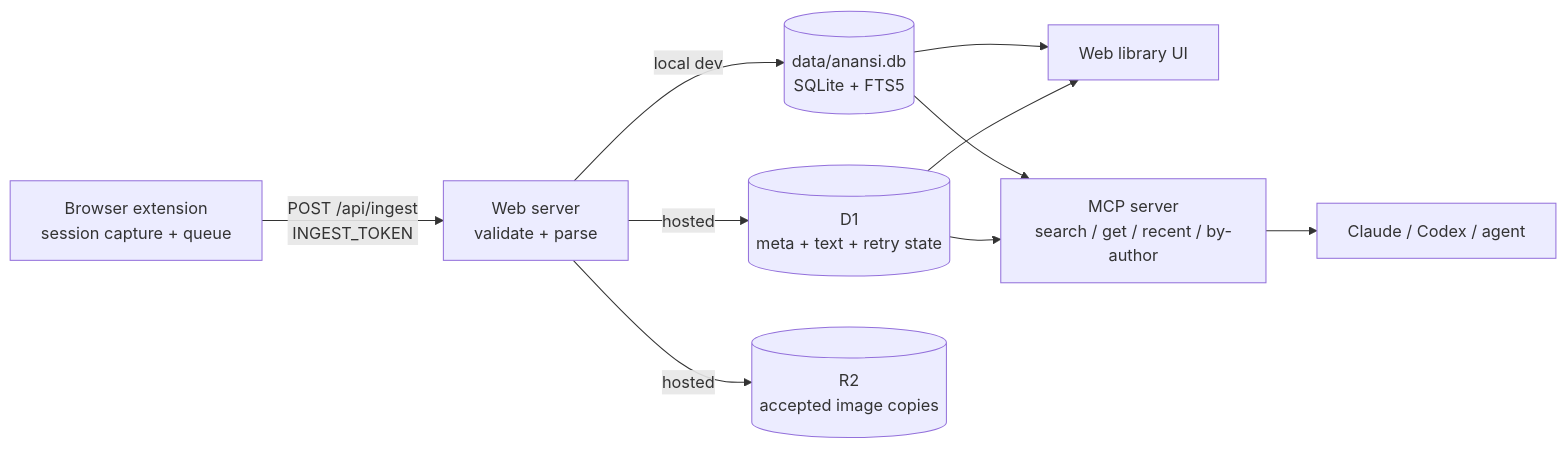
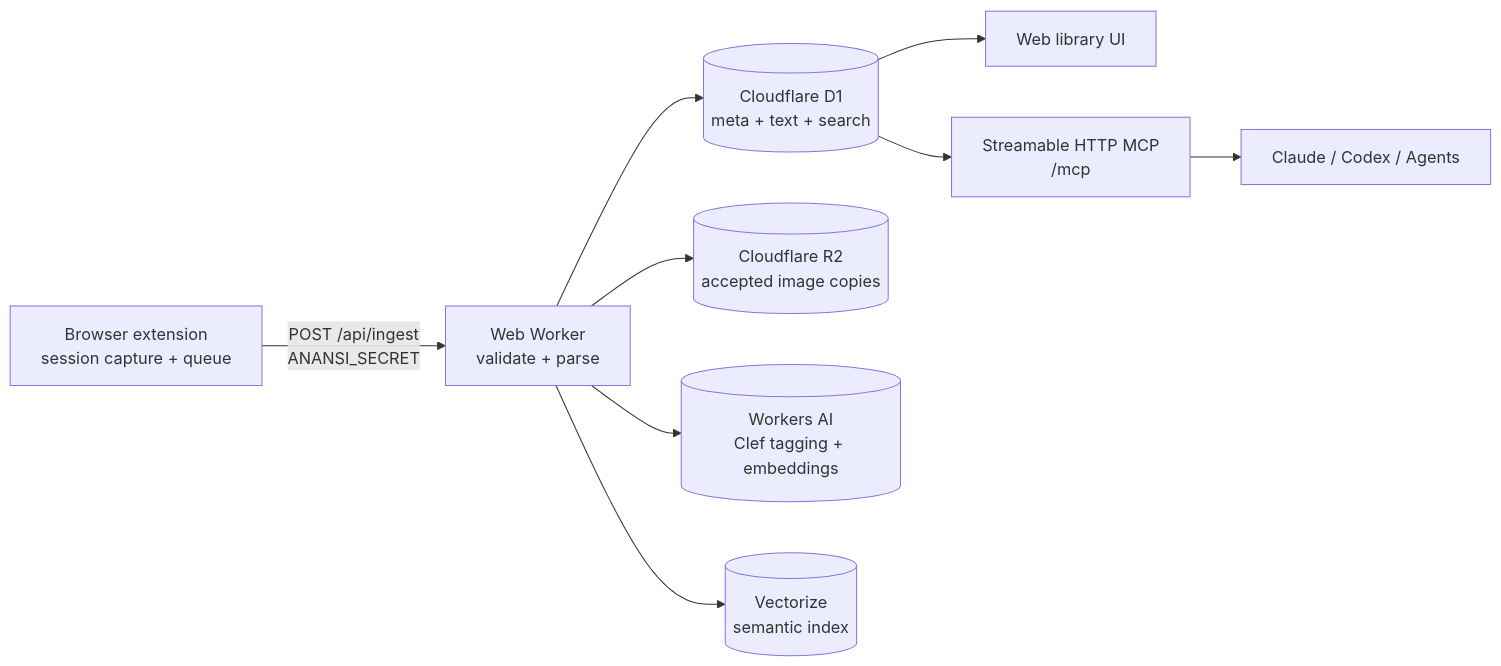
Before and after one commit to zqf20096327/dbhub_collect: the diagram in data/readmes/jojomensah89__anansi.md, drawn with Mermaid. The commit also changed other lines of this file and 434 other files, not shown here.

````diff
--- a/data/readmes/jojomensah89__anansi.md
+++ b/data/readmes/jojomensah89__anansi.md
@@ -457,12 +230,11 @@
 ```mermaid
 flowchart LR
-  B[Browser extension<br/>session capture + queue] -->|POST /api/ingest<br/>INGEST_TOKEN| S[Web server<br/>validate + parse]
-  S -->|local dev| L[(data/anansi.db<br/>SQLite + FTS5)]
-  S -->|hosted| D[(D1<br/>meta + text + retry state)]
-  S -->|hosted| R[(R2<br/>accepted image copies)]
-  L --> W[Web library UI]
-  D --> W
-  L --> M[MCP server<br/>search / get / recent / by-author]
-  D --> M
-  M --> A[Claude / Codex / agent]
+  B[Browser extension<br/>session capture + queue] -->|POST /api/ingest<br/>ANANSI_SECRET| S[Web Worker<br/>validate + parse]
+  S --> D[(Cloudflare D1<br/>meta + text + search)]
+  S --> R[(Cloudflare R2<br/>accepted image copies)]
+  S --> AI[(Workers AI<br/>Clef tagging + embeddings)]
+  S --> V[(Vectorize<br/>semantic index)]
+  D --> W[Web library UI]
+  D --> M[Streamable HTTP MCP<br/>/mcp]
+  M --> A[Claude / Codex / Agents]
 ```
````
